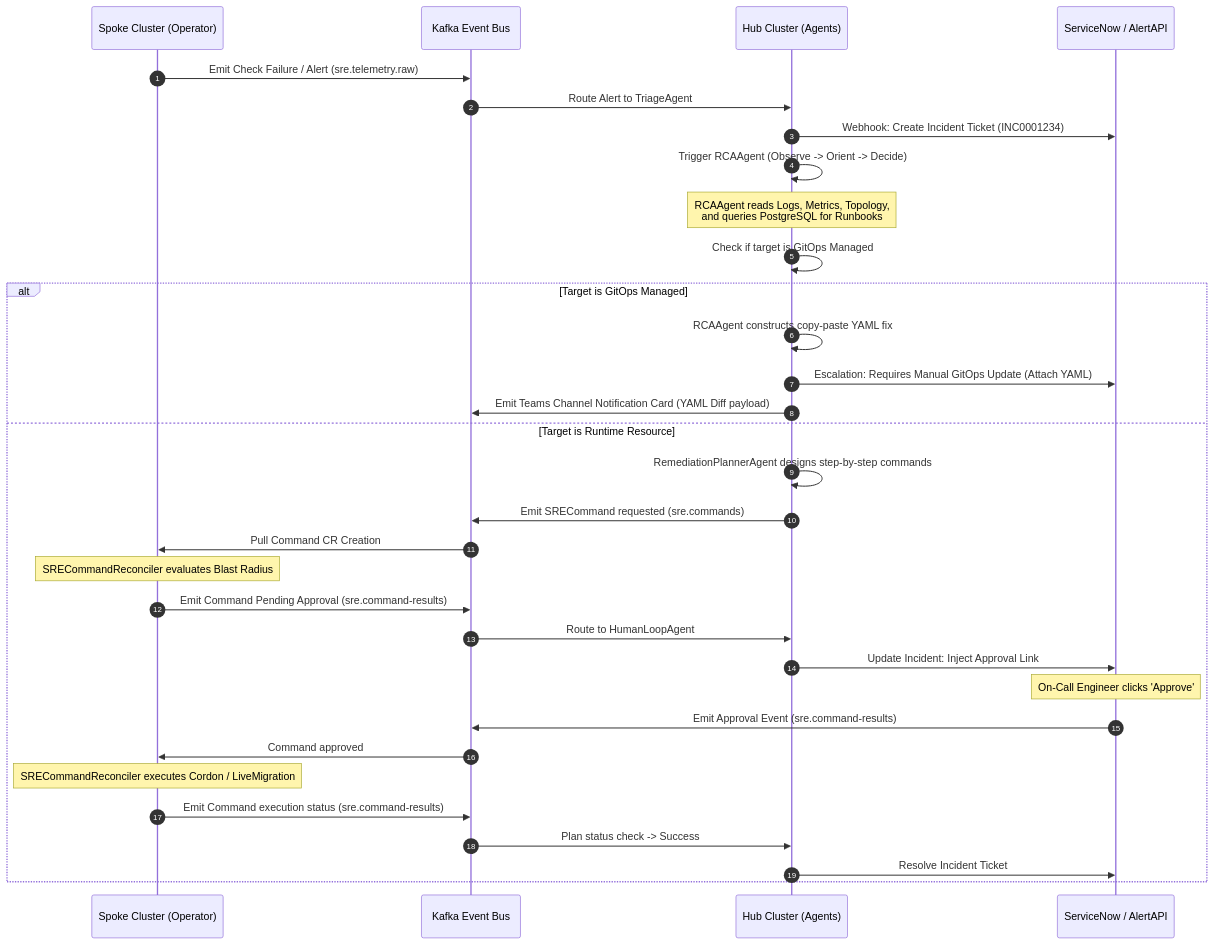
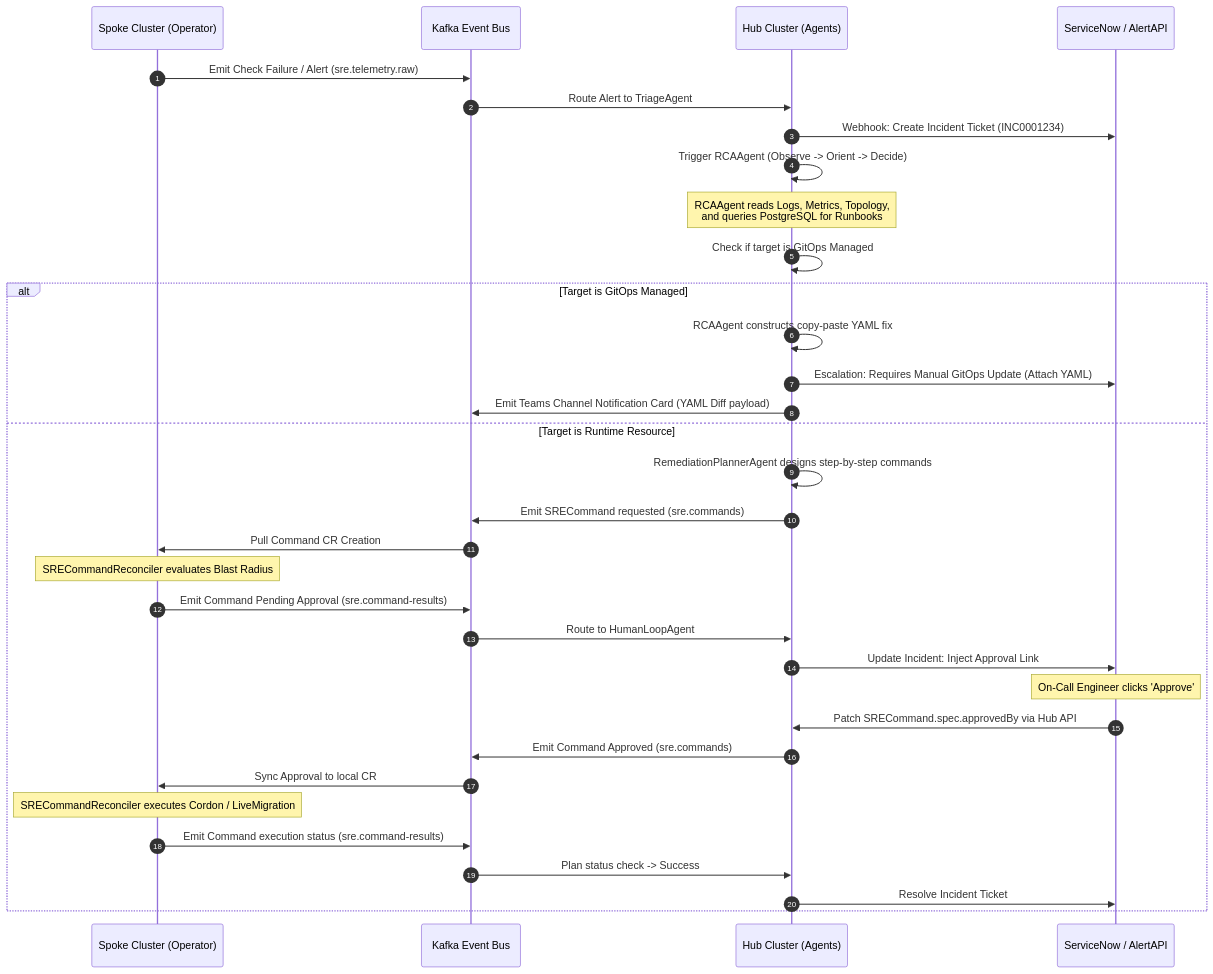
The diagram in unified_sre_platform_architecture.md (srimandarbha/k8_agentops), drawn with Mermaid before and after one commit. The commit also changed other lines of this file and 6 other files, not shown here.

````diff
--- a/unified_sre_platform_architecture.md
+++ b/unified_sre_platform_architecture.md
@@ -22,35 +22,36 @@
 ```mermaid
 sequenceDiagram
     autonumber
     participant Spoke as Spoke Cluster (Operator)
     participant Kafka as Kafka Event Bus
     participant Hub as Hub Cluster (Agents)
     participant ServiceNow as ServiceNow / AlertAPI
 
     Spoke->>Kafka: Emit Check Failure / Alert (sre.telemetry.raw)
     Kafka->>Hub: Route Alert to TriageAgent
     Hub->>ServiceNow: Webhook: Create Incident Ticket (INC0001234)
     Hub->>Hub: Trigger RCAAgent (Observe -> Orient -> Decide)
     Note over Hub: RCAAgent reads Logs, Metrics, Topology,<br/>and queries PostgreSQL for Runbooks
     Hub->>Hub: Check if target is GitOps Managed
     alt Target is GitOps Managed
         Hub->>Hub: RCAAgent constructs copy-paste YAML fix
         Hub->>ServiceNow: Escalation: Requires Manual GitOps Update (Attach YAML)
         Hub->>Kafka: Emit Teams Channel Notification Card (YAML Diff payload)
     else Target is Runtime Resource
         Hub->>Hub: RemediationPlannerAgent designs step-by-step commands
         Hub->>Kafka: Emit SRECommand requested (sre.commands)
         Kafka->>Spoke: Pull Command CR Creation
         Note over Spoke: SRECommandReconciler evaluates Blast Radius
         Spoke->>Kafka: Emit Command Pending Approval (sre.command-results)
         Kafka->>Hub: Route to HumanLoopAgent
         Hub->>ServiceNow: Update Incident: Inject Approval Link
         Note over ServiceNow: On-Call Engineer clicks 'Approve'
-        ServiceNow->>Kafka: Emit Approval Event (sre.command-results)
-        Kafka->>Spoke: Command approved
+        ServiceNow->>Hub: Patch SRECommand.spec.approvedBy via Hub API
+        Hub->>Kafka: Emit Command Approved (sre.commands)
+        Kafka->>Spoke: Sync Approval to local CR
         Note over Spoke: SRECommandReconciler executes Cordon / LiveMigration
         Spoke->>Kafka: Emit Command execution status (sre.command-results)
         Kafka->>Hub: Plan status check -> Success
         Hub->>ServiceNow: Resolve Incident Ticket
     end
 ```
````
